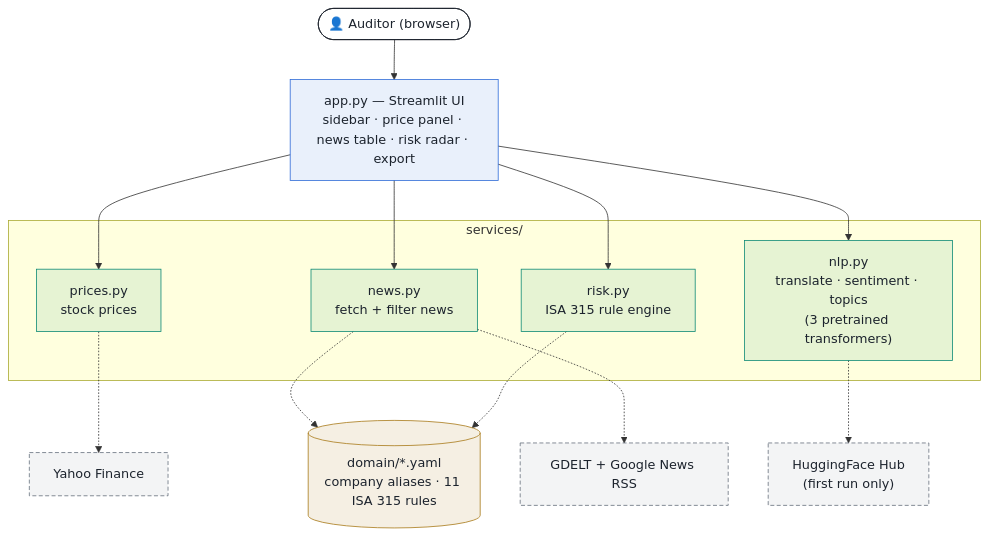
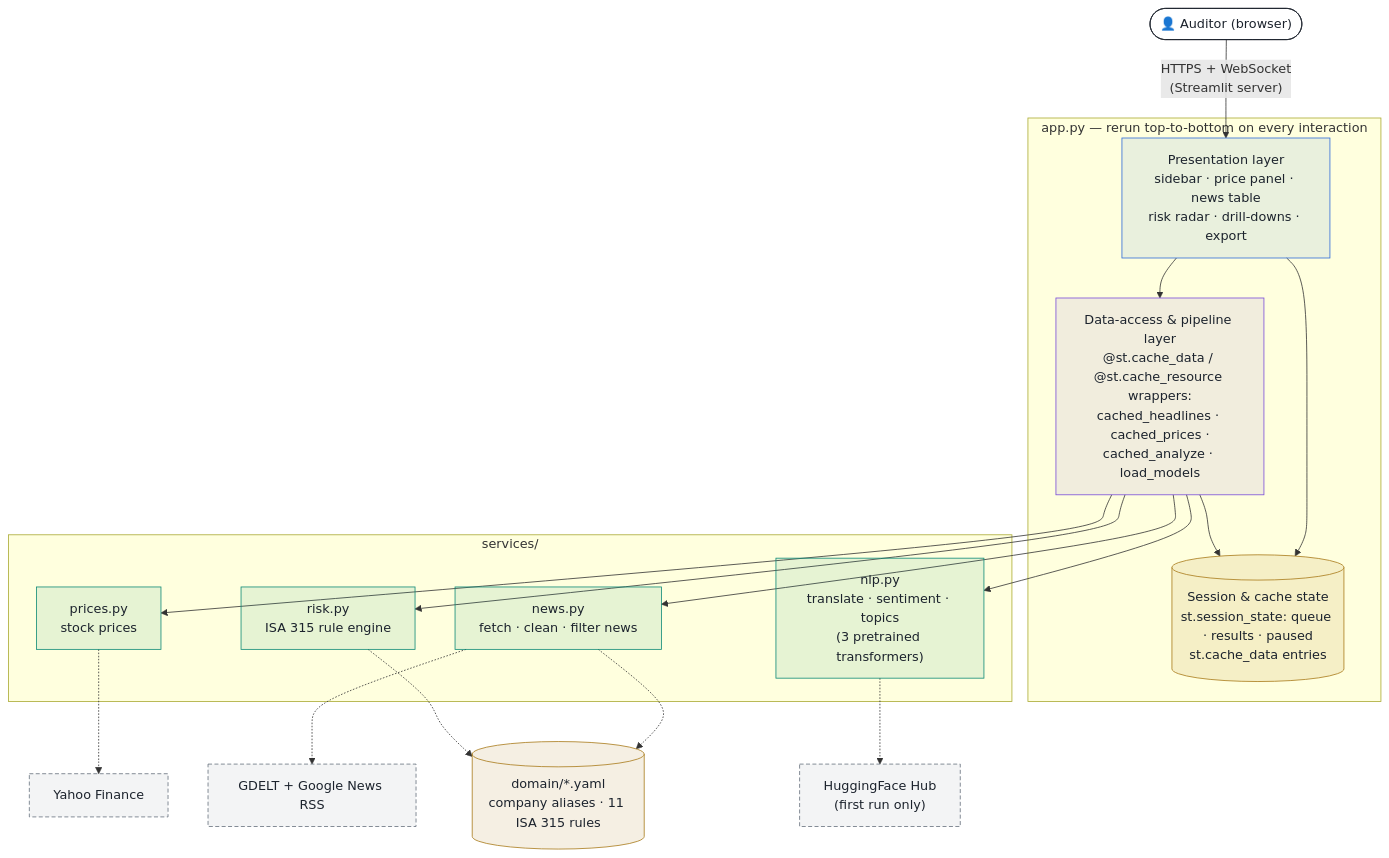
Before and after one commit to lasse133/DaxDataDashboard: the diagram in doc/component-diagram.md, drawn with Mermaid. The commit also changed other lines of this file and 4 other files, not shown here.

Commit message:
update doc/diagram

````diff
--- a/doc/component-diagram.md
+++ b/doc/component-diagram.md
@@ -19,43 +20,52 @@
 ```mermaid
 flowchart TB
     AUDITOR(["👤 Auditor (browser)"])
 
-    APP["app.py — Streamlit UI<br/>sidebar · price panel · news table · risk radar · export"]
+    subgraph APP["app.py — rerun top-to-bottom on every interaction"]
+        UI["Presentation layer<br/>sidebar · price panel · news table<br/>risk radar · drill-downs · export"]
+        MID["Data-access & pipeline layer<br/>@st.cache_data / @st.cache_resource wrappers:<br/>cached_headlines · cached_prices ·<br/>cached_analyze · load_models"]
+        STATE[("Session & cache state<br/>st.session_state: queue · results · paused<br/>st.cache_data entries")]
+    end
 
     subgraph SVC["services/"]
         PRICES["prices.py<br/>stock prices"]
-        NEWS["news.py<br/>fetch + filter news"]
+        NEWS["news.py<br/>fetch · clean · filter news"]
         NLP["nlp.py<br/>translate · sentiment · topics<br/>(3 pretrained transformers)"]
         RISK["risk.py<br/>ISA 315 rule engine"]
     end
 
     DOMAIN[("domain/*.yaml<br/>company aliases · 11 ISA 315 rules")]
 
     YAHOO["Yahoo Finance"]
     NEWSAPI["GDELT + Google News RSS"]
     HF["HuggingFace Hub<br/>(first run only)"]
 
-    AUDITOR --> APP
-    APP --> PRICES
-    APP --> NEWS
-    APP --> NLP
-    APP --> RISK
+    AUDITOR -->|"HTTPS + WebSocket<br/>(Streamlit server)"| UI
+    UI --> MID
+    UI --> STATE
+    MID --> STATE
+    MID --> PRICES
+    MID --> NEWS
+    MID --> NLP
+    MID --> RISK
 
     NEWS -.-> DOMAIN
     RISK -.-> DOMAIN
     PRICES -.-> YAHOO
     NEWS -.-> NEWSAPI
     NLP -.-> HF
 
     classDef ui fill:#2f6bd81a,stroke:#2f6bd8,color:#1c232d
+    classDef adapter fill:#7a4dd81a,stroke:#7a4dd8,color:#1c232d
     classDef svc fill:#0e8a761a,stroke:#0e8a76,color:#1c232d
     classDef data fill:#a97a1a1f,stroke:#a97a1a,color:#1c232d
     classDef ext fill:#66707d14,stroke:#66707d,stroke-dasharray:5 3,color:#1c232d
     classDef actor fill:#ffffff,stroke:#1c232d,color:#1c232d
 
-    class APP ui
+    class UI ui
+    class MID adapter
     class PRICES,NEWS,NLP,RISK svc
-    class DOMAIN data
+    class DOMAIN,STATE data
     class YAHOO,NEWSAPI,HF ext
     class AUDITOR actor
 ```
````
